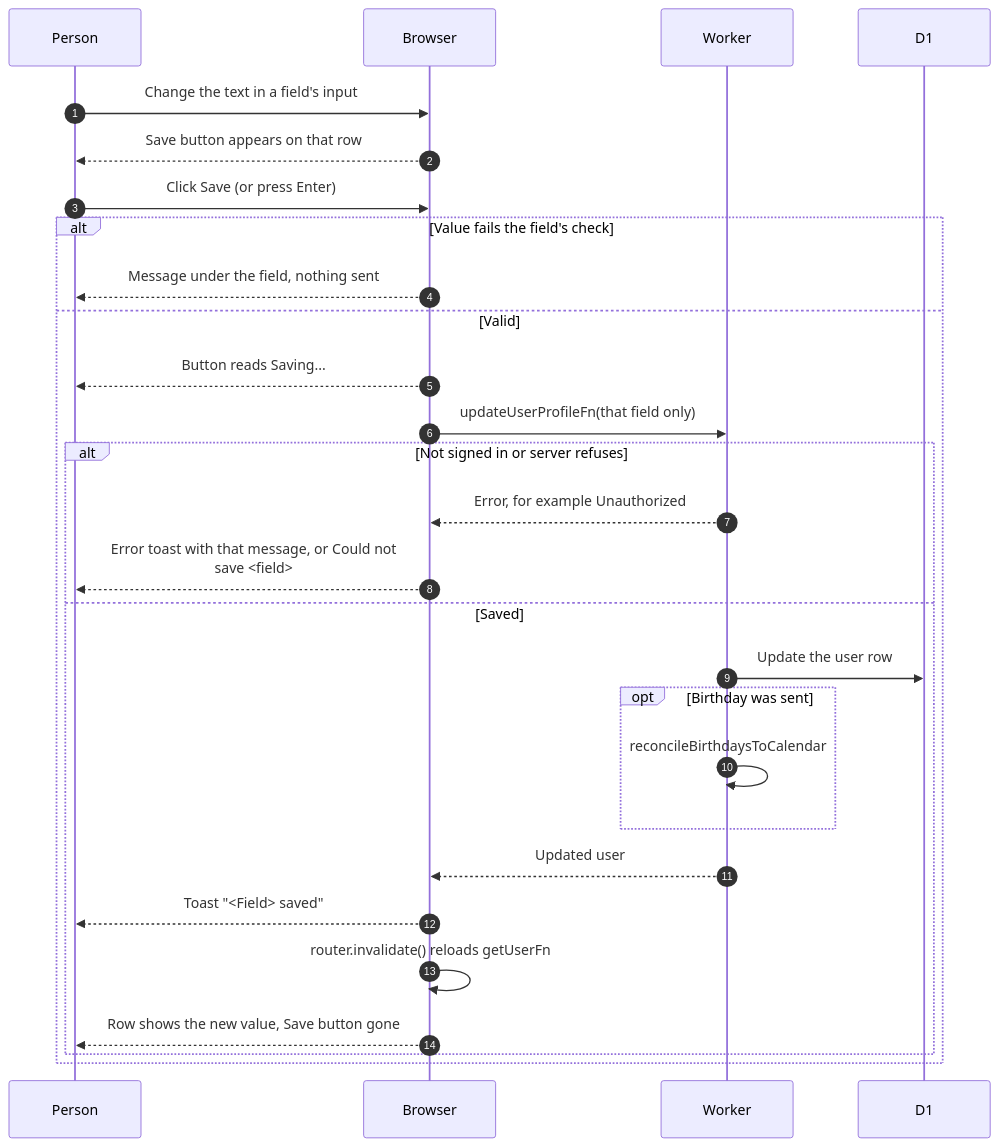
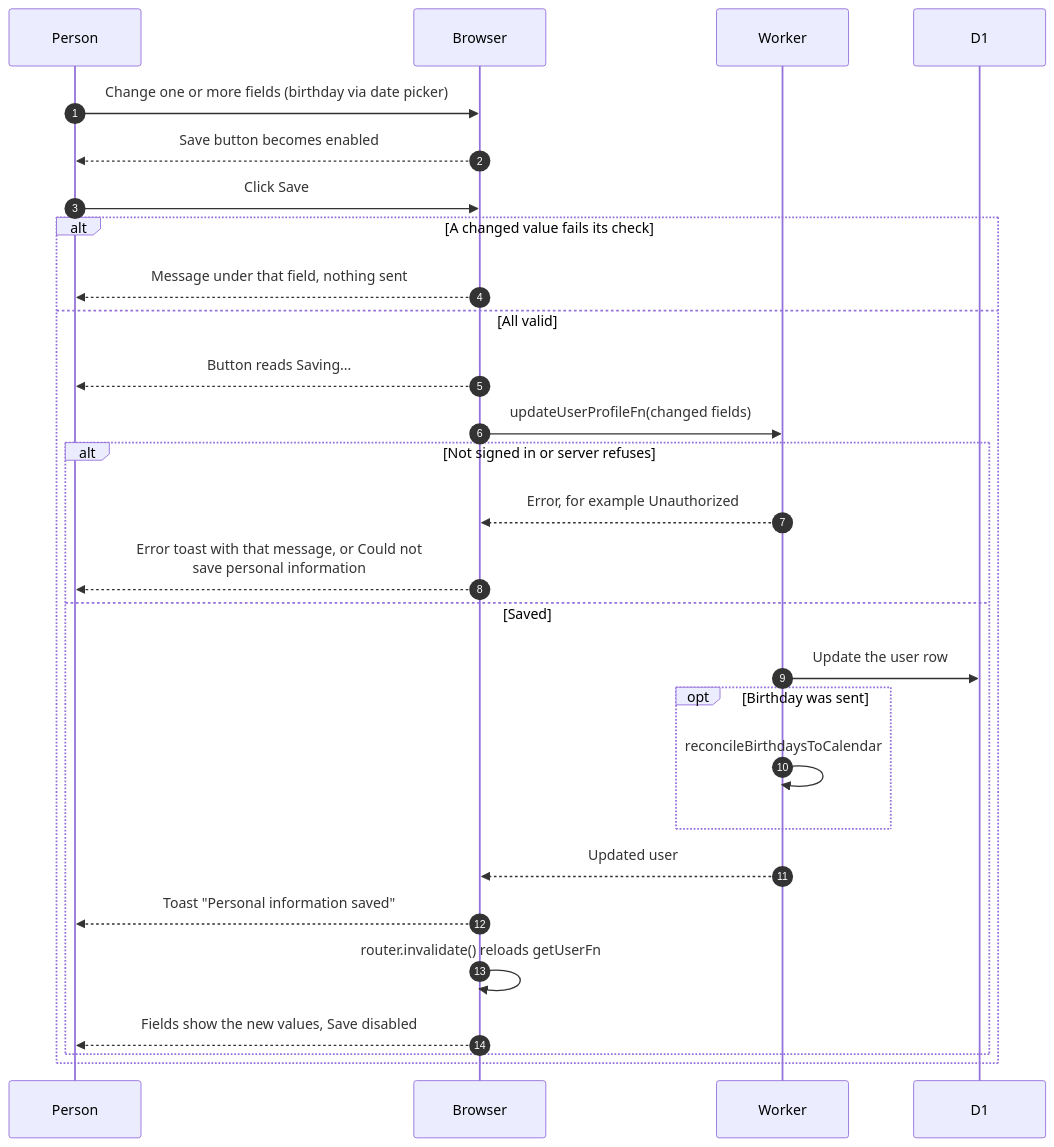
Before and after one commit to sagyzdop/meriksirat: the diagram in docs/scenarios/account/profile-edit.md, drawn with Mermaid. The commit also changed other lines of this file and 45 other files, not shown here.

````diff
--- a/docs/scenarios/account/profile-edit.md
+++ b/docs/scenarios/account/profile-edit.md
@@ -34,30 +40,30 @@
 ```mermaid
 sequenceDiagram
     autonumber
     participant P as Person
     participant B as Browser
     participant W as Worker
     participant D as D1
-    P->>B: Change the text in a field's input
-    B-->>P: Save button appears on that row
-    P->>B: Click Save (or press Enter)
-    alt Value fails the field's check
-        B-->>P: Message under the field, nothing sent
-    else Valid
+    P->>B: Change one or more fields (birthday via date picker)
+    B-->>P: Save button becomes enabled
+    P->>B: Click Save
+    alt A changed value fails its check
+        B-->>P: Message under that field, nothing sent
+    else All valid
         B-->>P: Button reads Saving...
-        B->>W: updateUserProfileFn(that field only)
+        B->>W: updateUserProfileFn(changed fields)
         alt Not signed in or server refuses
             W-->>B: Error, for example Unauthorized
-            B-->>P: Error toast with that message, or Could not<br/>save <field>
+            B-->>P: Error toast with that message, or Could not<br/>save personal information
         else Saved
             W->>D: Update the user row
             opt Birthday was sent
                 W->>W: reconcileBirthdaysToCalendar
             end
             W-->>B: Updated user
-            B-->>P: Toast "<Field> saved"
+            B-->>P: Toast "Personal information saved"
             B->>B: router.invalidate() reloads getUserFn
-            B-->>P: Row shows the new value, Save button gone
+            B-->>P: Fields show the new values, Save disabled
         end
     end
 ```
````
